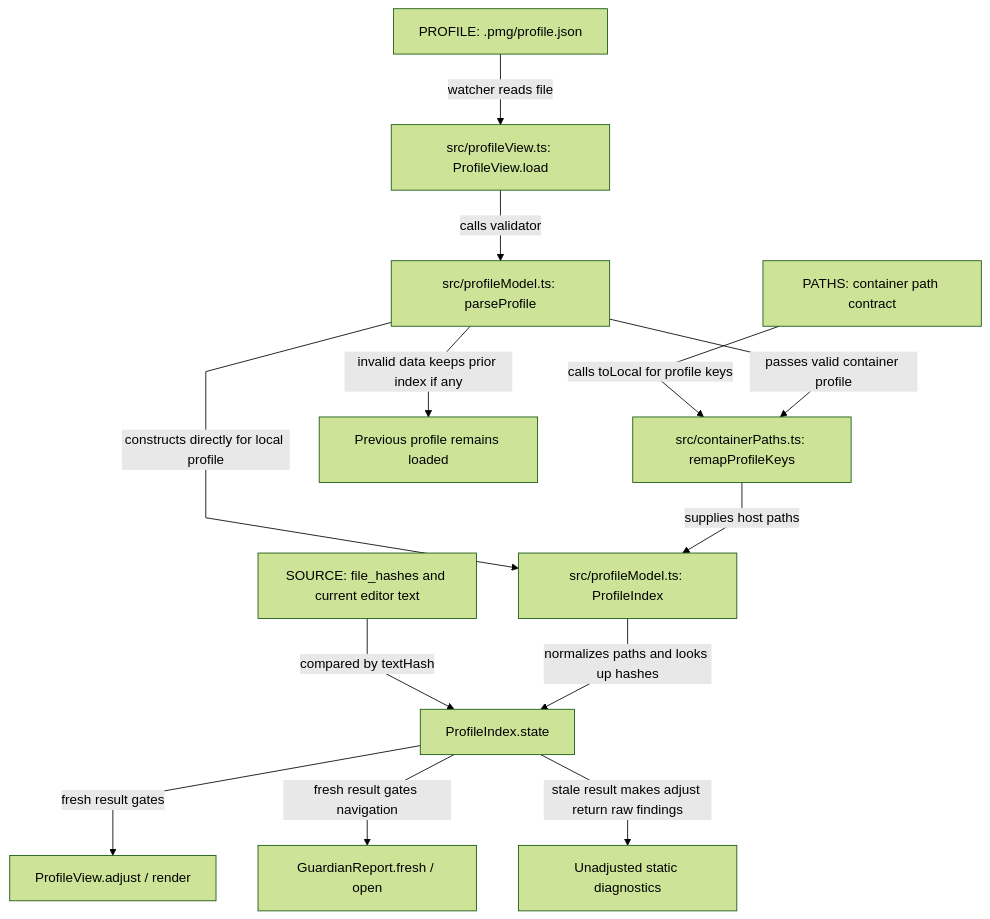
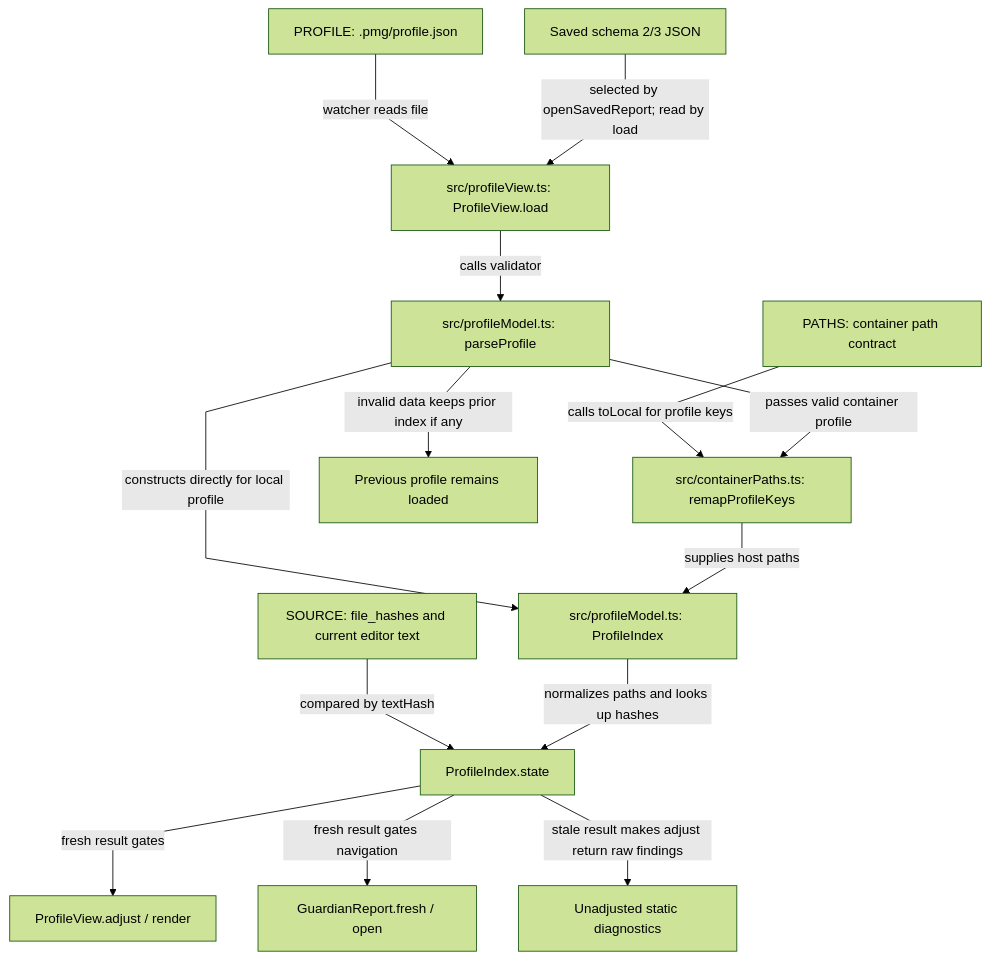
Before and after one commit to AashishTangnami/python-memory-guardian: the tenth of 15 diagrams in docs/feature-map.md, drawn with Mermaid (forest theme). The commit also changed other lines of this file and 19 other files, not shown here.

````diff
--- a/docs/feature-map.md
+++ b/docs/feature-map.md
@@ -279,16 +284,17 @@
 ```mermaid
 %%{init: {"fontFamily":"Inter, ui-sans-serif, system-ui, sans-serif","flowchart":{"curve":"linear","nodeSpacing":50,"rankSpacing":60},"layout":"dagre"}}%%
 flowchart TD
     PROFILE["PROFILE: .pmg/profile.json"] -->|watcher reads file| Load["src/profileView.ts: ProfileView.load"]
+    Saved["Saved schema 2/3 JSON"] -->|selected by openSavedReport; read by load| Load
     Load -->|calls validator| Parse["src/profileModel.ts: parseProfile"]
     Parse -->|constructs directly for local profile| Index["src/profileModel.ts: ProfileIndex"]
     PATHS["PATHS: container path contract"] -->|calls toLocal for profile keys| Remap["src/containerPaths.ts: remapProfileKeys"]
     Parse -->|passes valid container profile| Remap
     Remap -->|supplies host paths| Index
     SOURCE["SOURCE: file_hashes and current editor text"] -->|compared by textHash| State["ProfileIndex.state"]
     Index -->|normalizes paths and looks up hashes| State
     State -->|fresh result gates| Editor["ProfileView.adjust / render"]
     State -->|fresh result gates navigation| Nav["GuardianReport.fresh / open"]
     Parse -->|invalid data keeps prior index if any| Old["Previous profile remains loaded"]
     State -->|stale result makes adjust return raw findings| Stale["Unadjusted static diagnostics"]
 ```
````
